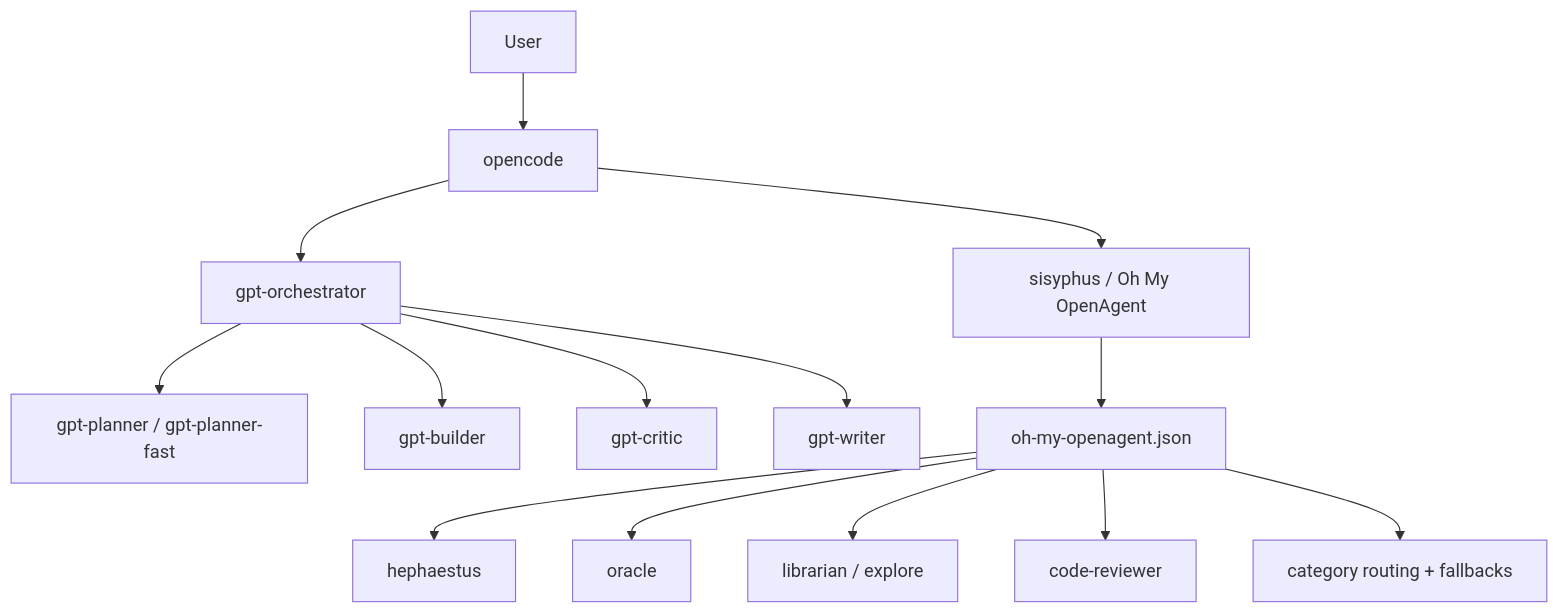
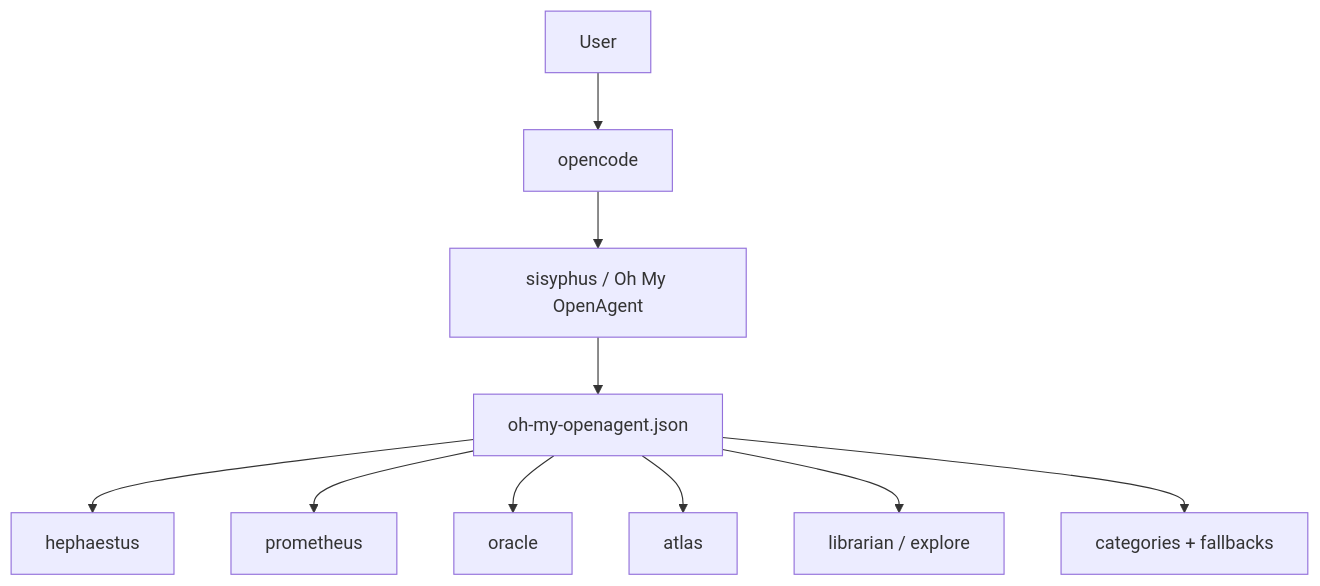
One commit to bpinheiroms/my-setup changed the diagram in opencode/WORKFLOW_DIAGRAM.md. Above: the diagram before and after it, drawn with Mermaid. The commit also changed other lines of this file and 33 other files, not shown here.

````diff
--- a/opencode/WORKFLOW_DIAGRAM.md
+++ b/opencode/WORKFLOW_DIAGRAM.md
@@ -3,18 +3,12 @@
 ```mermaid
 flowchart TD
     U[User] --> O[opencode]
-    O --> G[gpt-orchestrator]
     O --> S[sisyphus / Oh My OpenAgent]
-
-    G --> GP[gpt-planner / gpt-planner-fast]
-    G --> GB[gpt-builder]
-    G --> GC[gpt-critic]
-    G --> GW[gpt-writer]
-
-    S --> OMO[oh-my-openagent.json]
-    OMO --> H[hephaestus]
-    OMO --> OR[oracle]
-    OMO --> L[librarian / explore]
-    OMO --> CR[code-reviewer]
-    OMO --> C[category routing + fallbacks]
+    S --> CFG[oh-my-openagent.json]
+    CFG --> H[hephaestus]
+    CFG --> P[prometheus]
+    CFG --> OR[oracle]
+    CFG --> A[atlas]
+    CFG --> L[librarian / explore]
+    CFG --> C[categories + fallbacks]
 ```
````
